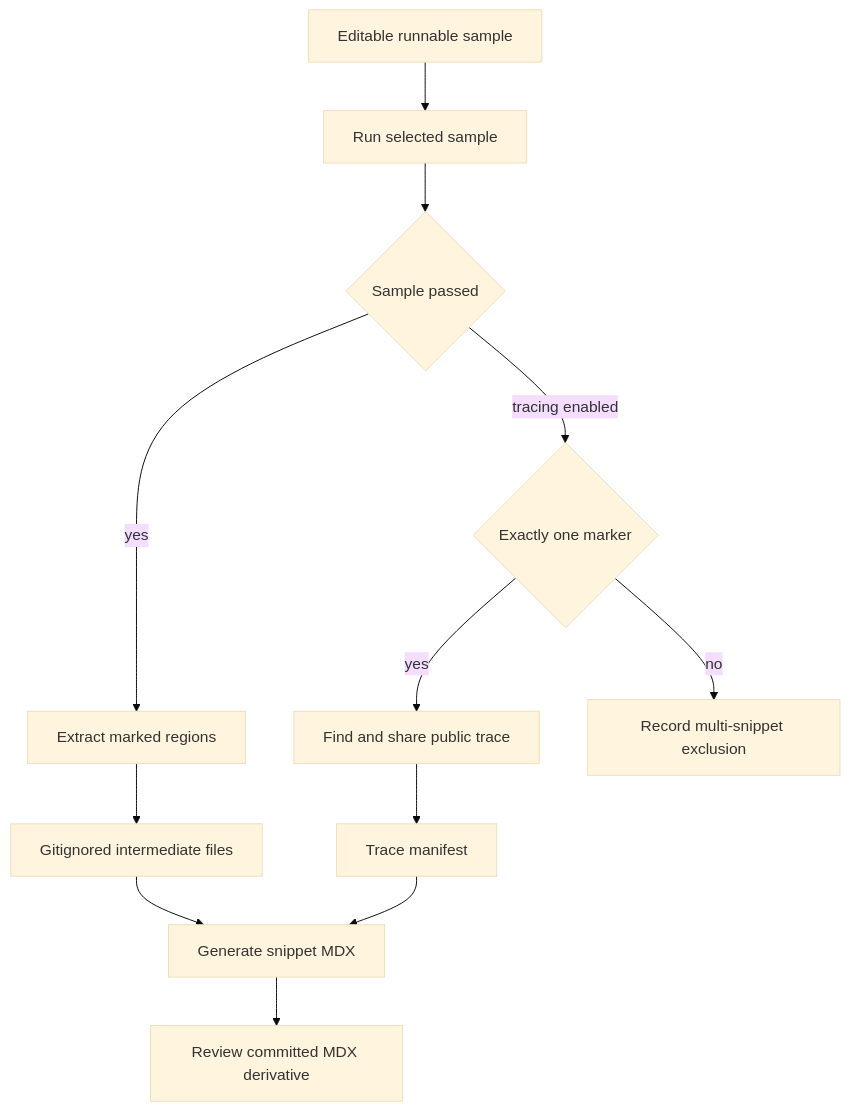
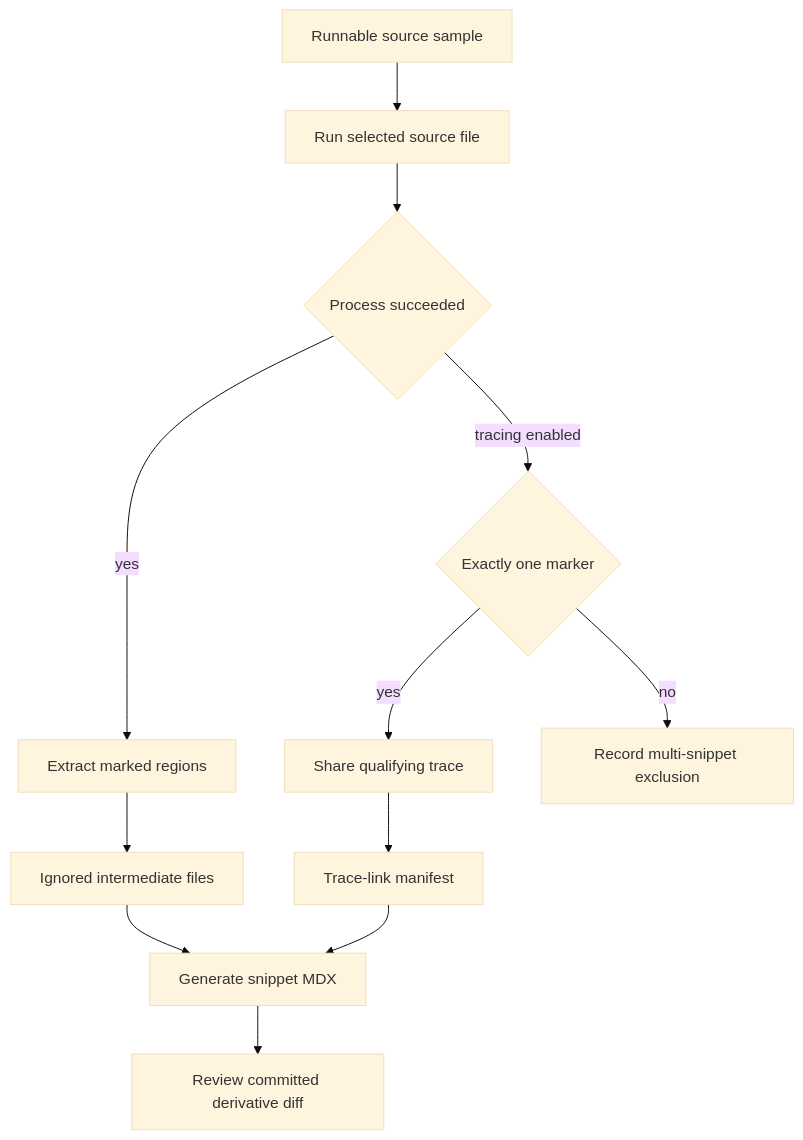
Before and after one commit to langchain-ai/docs: the diagram in openwiki/workflows/code-sample-lifecycle.md, drawn with Mermaid (base theme). The commit also changed other lines of this file and 34 other files, not shown here.

````diff
--- a/openwiki/workflows/code-sample-lifecycle.md
+++ b/openwiki/workflows/code-sample-lifecycle.md
@@ -55,14 +47,14 @@
 ```mermaid
 flowchart TD
-  Source["Editable runnable sample"] --> Check["Run selected sample"]
-  Check --> Passed{"Sample passed"}
-  Passed -->|"yes"| Extract["Extract marked regions"]
-  Extract --> Intermediate["Gitignored intermediate files"]
-  Intermediate --> MDX["Generate snippet MDX"]
-  Passed -->|"tracing enabled"| Eligibility{"Exactly one marker"}
-  Eligibility -->|"yes"| Share["Find and share public trace"]
-  Share --> Manifest["Trace manifest"]
-  Manifest --> MDX
-  MDX --> Review["Review committed MDX derivative"]
-  Eligibility -->|"no"| Skip["Record multi-snippet exclusion"]
+  Source["Runnable source sample"] --> Execute["Run selected source file"]
+  Execute --> Result{"Process succeeded"}
+  Result -->|"yes"| Extract["Extract marked regions"]
+  Extract --> Intermediate["Ignored intermediate files"]
+  Intermediate --> Render["Generate snippet MDX"]
+  Render --> Review["Review committed derivative diff"]
+  Result -->|"tracing enabled"| Markers{"Exactly one marker"}
+  Markers -->|"yes"| Publish["Share qualifying trace"]
+  Publish --> Manifest["Trace-link manifest"]
+  Manifest --> Render
+  Markers -->|"no"| Exclude["Record multi-snippet exclusion"]
 ```
````
